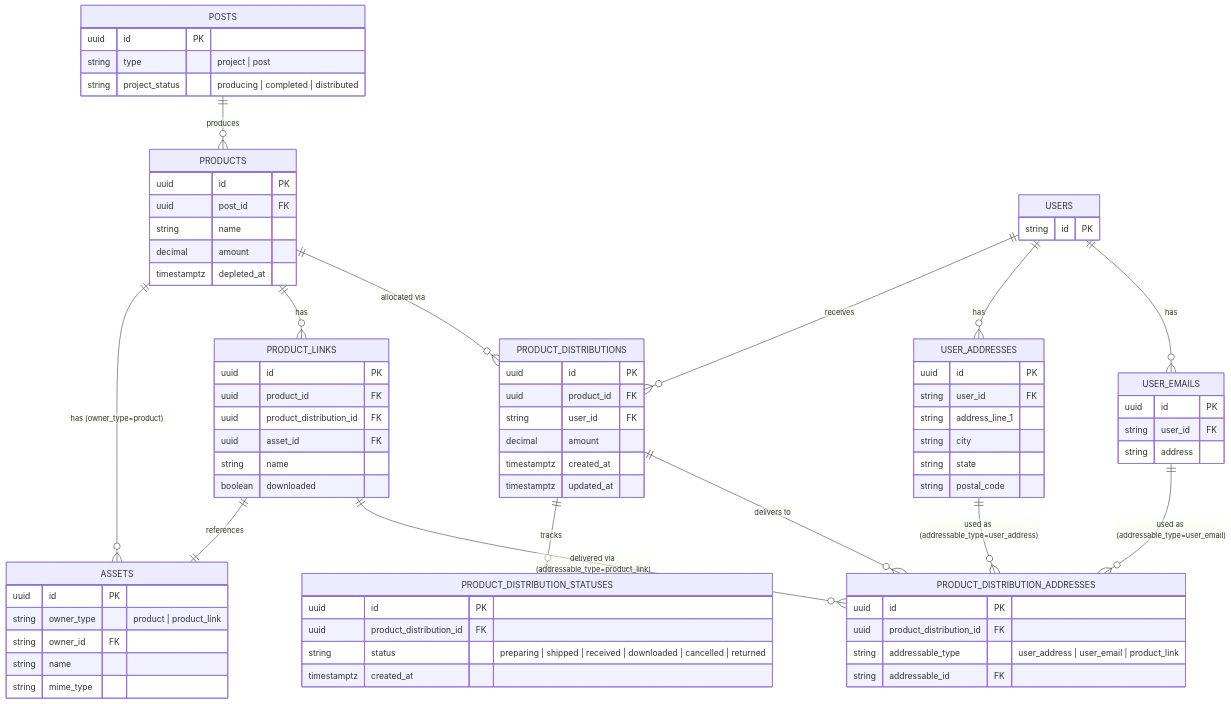
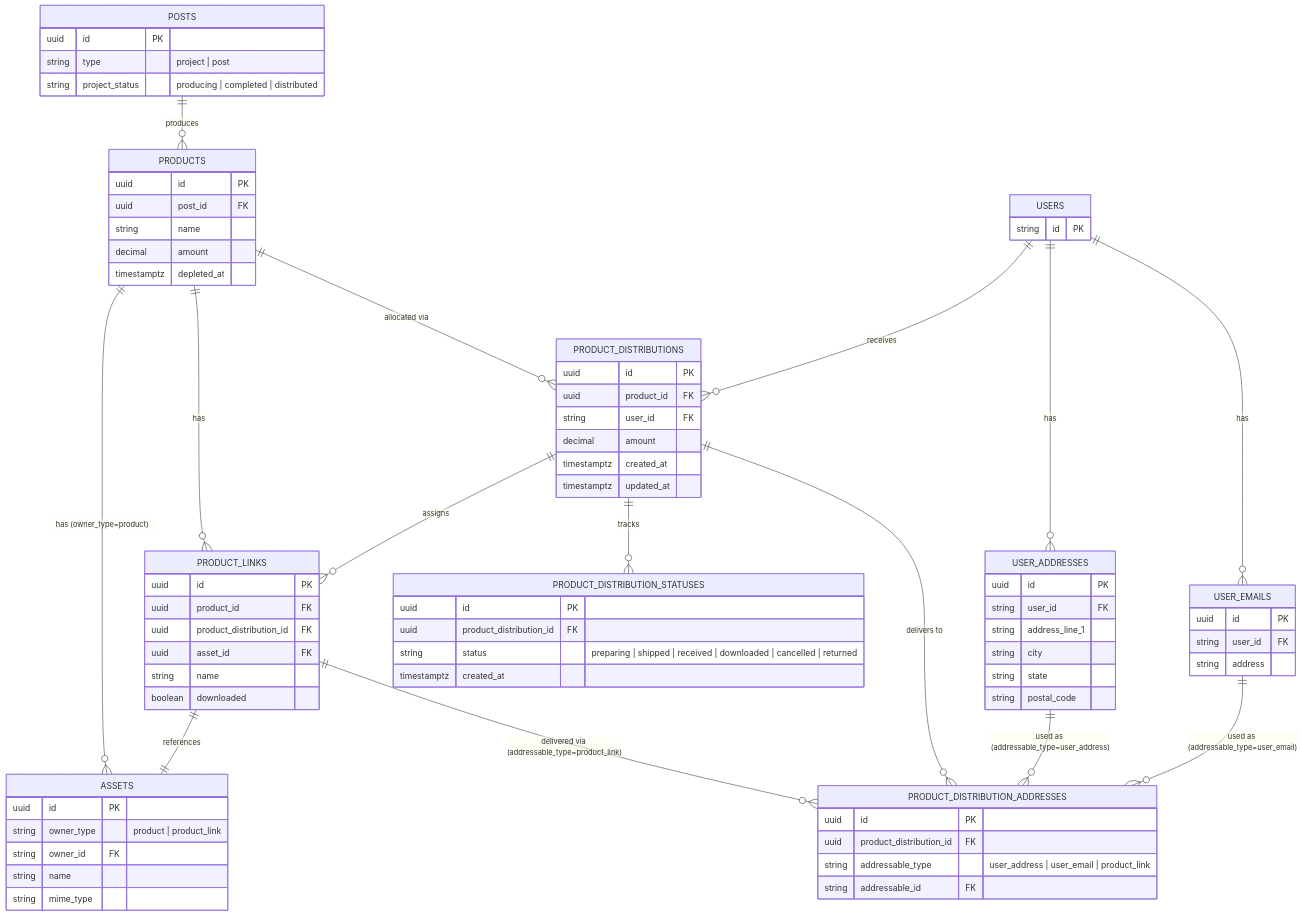
One commit to social-production/planning changed the third of 4 diagrams in DATA.md. Above: the diagram before and after it, drawn with Mermaid. The commit also changed other lines of this file, not shown here.

First line of the commit message:
Fix missing PRODUCT_DISTRIBUTIONS to PRODUCT_LINKS relationship in diagrams

```diff
--- a/DATA.md
+++ b/DATA.md
@@ -410,6 +411,7 @@
     USERS ||--o{ USER_ADDRESSES : "has"
     USERS ||--o{ USER_EMAILS : "has"
 
+    PRODUCT_DISTRIBUTIONS ||--o{ PRODUCT_LINKS : "assigns"
     PRODUCT_DISTRIBUTIONS ||--o{ PRODUCT_DISTRIBUTION_STATUSES : "tracks"
     PRODUCT_DISTRIBUTIONS ||--o{ PRODUCT_DISTRIBUTION_ADDRESSES : "delivers to"
 
```
